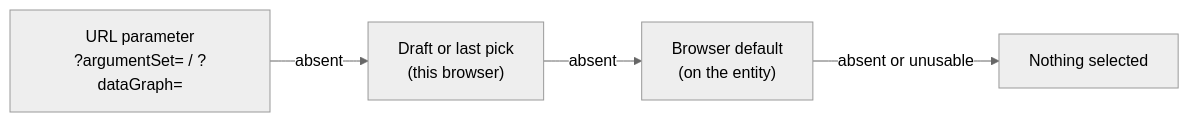
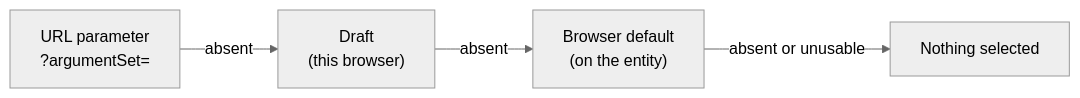
One commit to recalcitrantsupplant/sqlib changed the diagram in docs/proposals/browser-defaults.md. Above: the diagram before and after it, drawn with Mermaid (neutral theme). The commit also changed other lines of this file and 1 other file, not shown here.

First line of the commit message:
docs: accept argument sets without graphs; revise browser defaults

````diff
--- a/docs/proposals/browser-defaults.md
+++ b/docs/proposals/browser-defaults.md
@@ -84,6 +94,6 @@
 ```mermaid
 flowchart LR
-  A["URL parameter<br/>?argumentSet= / ?dataGraph="] -->|absent| B["Draft or last pick<br/>(this browser)"]
+  A["URL parameter<br/>?argumentSet="] -->|absent| B["Draft<br/>(this browser)"]
   B -->|absent| C["Browser default<br/>(on the entity)"]
   C -->|absent or unusable| D["Nothing selected"]
 ```
````
